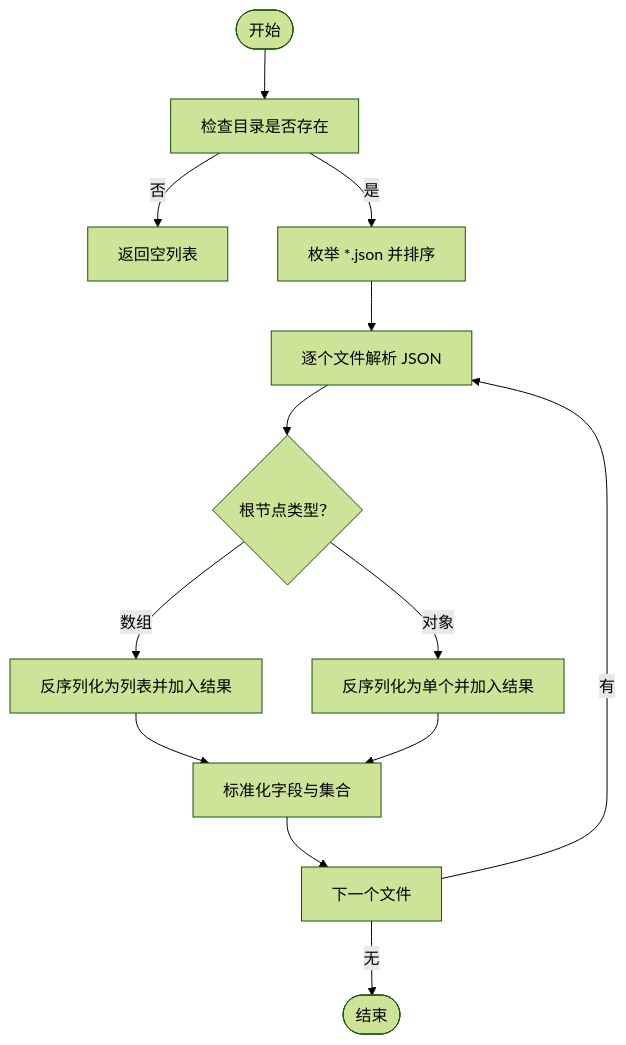
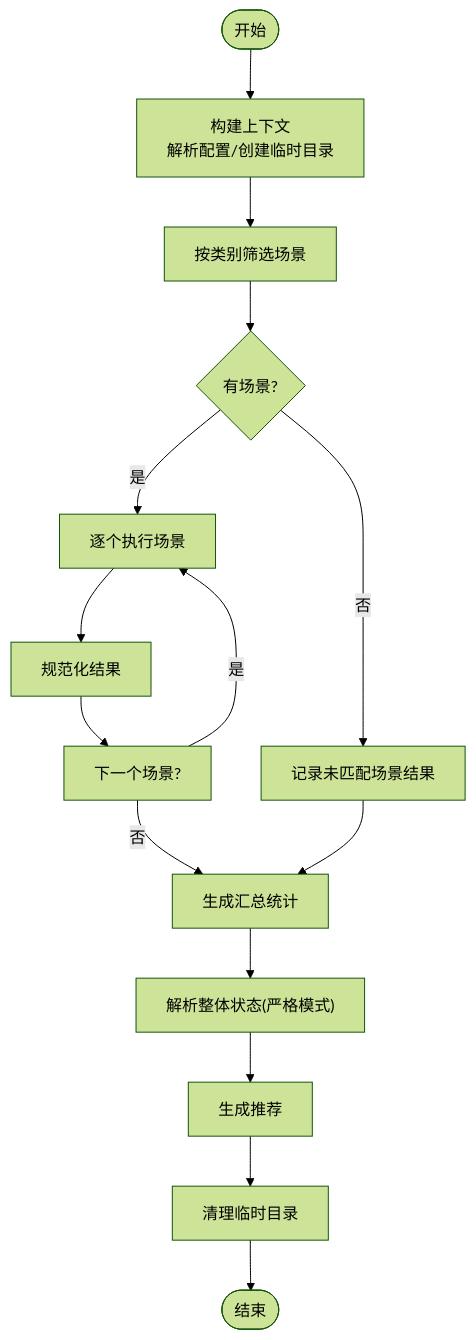
One commit to wayyet/kingcrab changed the third of 5 diagrams in .qoder/repowiki/zh/content/测试框架/测试架构设计.md. Above: the diagram before and after it, drawn with Mermaid (forest theme). The commit also changed other lines of this file and 431 other files, not shown here.

````diff
--- a/.qoder/repowiki/zh/content/测试框架/测试架构设计.md
+++ b/.qoder/repowiki/zh/content/测试框架/测试架构设计.md
@@ -147,15 +179,17 @@
 ```mermaid
 flowchart TD
-Start(["开始"]) --> CheckDir["检查目录是否存在"]
-CheckDir --> |否| ReturnEmpty["返回空列表"]
-CheckDir --> |是| Enumerate["枚举 *.json 并排序"]
-Enumerate --> Parse["逐个文件解析 JSON"]
-Parse --> RootKind{"根节点类型？"}
-RootKind --> |数组| AddList["反序列化为列表并加入结果"]
-RootKind --> |对象| AddOne["反序列化为单个并加入结果"]
-AddList --> Normalize["标准化字段与集合"]
-AddOne --> Normalize
-Normalize --> Next["下一个文件"]
-Next --> |有| Parse
-Next --> |无| Done(["结束"])
+Start(["开始"]) --> Ctx["构建上下文<br/>解析配置/创建临时目录"]
+Ctx --> Select["按类别筛选场景"]
+Select --> Loop{"有场景?"}
+Loop --> |否| NoSel["记录未匹配场景结果"]
+Loop --> |是| Exec["逐个执行场景"]
+Exec --> Norm["规范化结果"]
+Norm --> Next["下一个场景?"]
+Next --> |是| Exec
+Next --> |否| Sum["生成汇总统计"]
+NoSel --> Sum
+Sum --> Status["解析整体状态(严格模式)"]
+Status --> Rec["生成推荐"]
+Rec --> Clean["清理临时目录"]
+Clean --> End(["结束"])
 ```
````
